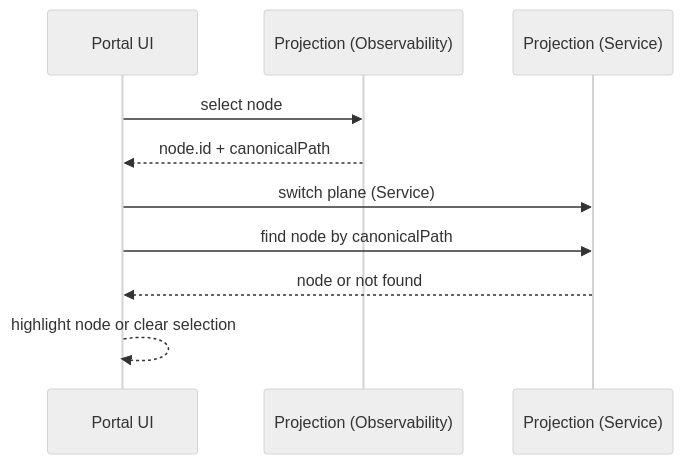
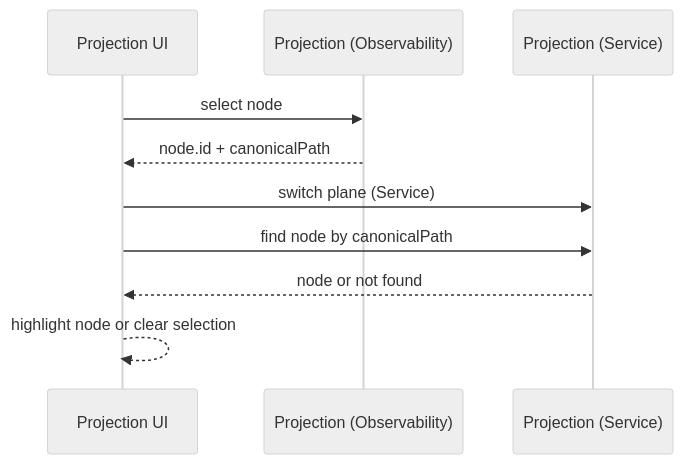
Before and after one commit to Project-Helianthus/helianthus-docs-ebus: the second of 6 diagrams in architecture/overview.md, drawn with Mermaid (neutral theme). The commit also changed other lines of this file and 1 other file, not shown here.

Commit message:
docs: clarify projection and portal entrypoints

````diff
--- a/architecture/overview.md
+++ b/architecture/overview.md
@@ -200,12 +200,12 @@
 ```mermaid
 sequenceDiagram
-  participant UI as Portal UI
+  participant UI as Projection UI
   participant P1 as Projection (Observability)
   participant P2 as Projection (Service)
   UI->>P1: select node
   P1-->>UI: node.id + canonicalPath
   UI->>P2: switch plane (Service)
   UI->>P2: find node by canonicalPath
   P2-->>UI: node or not found
   UI-->>UI: highlight node or clear selection
 ```
````
